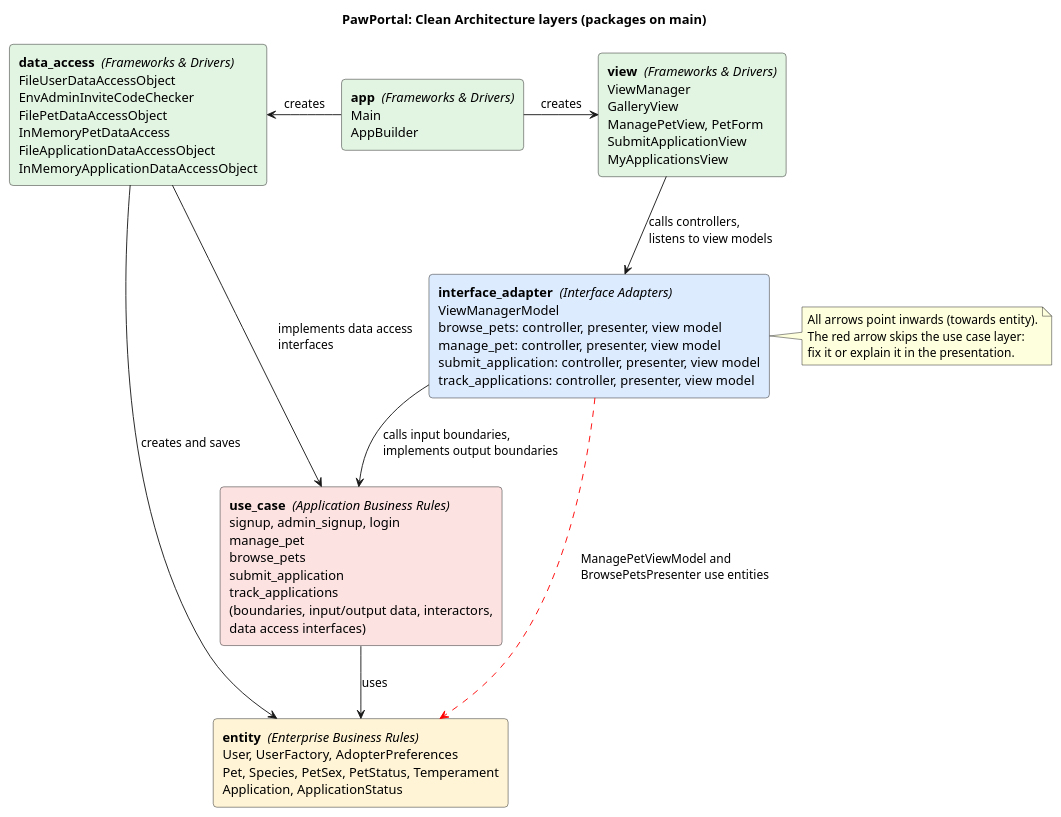
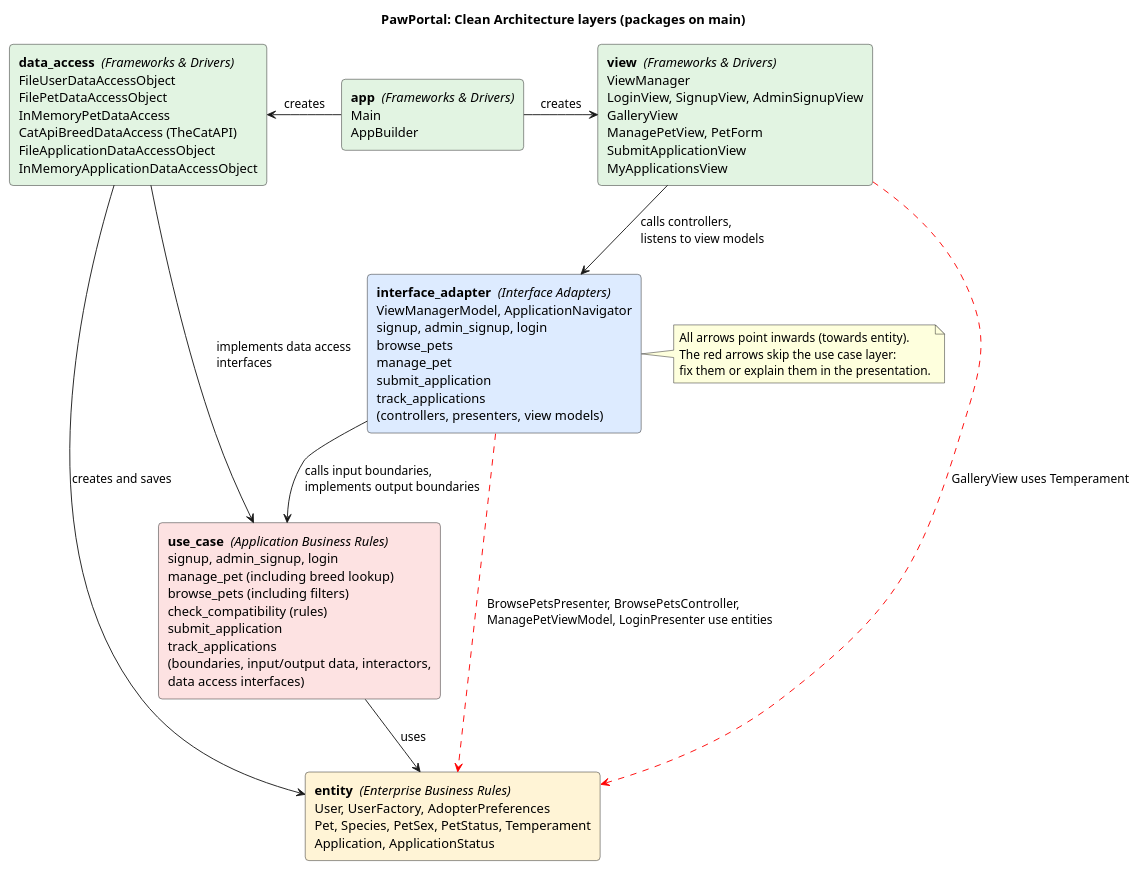
One commit to CSC207-2025F-UofT/team-project changed the diagram in docs/uml/architecture.puml. Above: the diagram before and after it, drawn with PlantUML. The commit also changed 3 other files, not shown here.

Commit message:
update entity and architecture diagrams to current main

```diff
--- a/docs/uml/architecture.puml
+++ b/docs/uml/architecture.puml
@@ -1,34 +1,35 @@
 @startuml architecture
 title PawPortal: Clean Architecture layers (packages on main)
 
 skinparam rectangle {
   RoundCorner 8
 }
 skinparam defaultTextAlignment left
 
-rectangle "**view**  //(Frameworks & Drivers)//\nViewManager\nGalleryView\nManagePetView, PetForm\nSubmitApplicationView\nMyApplicationsView" as view #E2F4E2
+rectangle "**view**  //(Frameworks & Drivers)//\nViewManager\nLoginView, SignupView, AdminSignupView\nGalleryView\nManagePetView, PetForm\nSubmitApplicationView\nMyApplicationsView" as view #E2F4E2
 rectangle "**app**  //(Frameworks & Drivers)//\nMain\nAppBuilder" as app #E2F4E2
-rectangle "**data_access**  //(Frameworks & Drivers)//\nFileUserDataAccessObject\nEnvAdminInviteCodeChecker\nFilePetDataAccessObject\nInMemoryPetDataAccess\nFileApplicationDataAccessObject\nInMemoryApplicationDataAccessObject" as da #E2F4E2
+rectangle "**data_access**  //(Frameworks & Drivers)//\nFileUserDataAccessObject\nFilePetDataAccessObject\nInMemoryPetDataAccess\nCatApiBreedDataAccess (TheCatAPI)\nFileApplicationDataAccessObject\nInMemoryApplicationDataAccessObject" as da #E2F4E2
 
-rectangle "**interface_adapter**  //(Interface Adapters)//\nViewManagerModel\nbrowse_pets: controller, presenter, view model\nmanage_pet: controller, presenter, view model\nsubmit_application: controller, presenter, view model\ntrack_applications: controller, presenter, view model" as ia #DDEBFF
+rectangle "**interface_adapter**  //(Interface Adapters)//\nViewManagerModel, ApplicationNavigator\nsignup, admin_signup, login\nbrowse_pets\nmanage_pet\nsubmit_application\ntrack_applications\n(controllers, presenters, view models)" as ia #DDEBFF
 
-rectangle "**use_case**  //(Application Business Rules)//\nsignup, admin_signup, login\nmanage_pet\nbrowse_pets\nsubmit_application\ntrack_applications\n(boundaries, input/output data, interactors,\ndata access interfaces)" as uc #FDE2E2
+rectangle "**use_case**  //(Application Business Rules)//\nsignup, admin_signup, login\nmanage_pet (including breed lookup)\nbrowse_pets (including filters)\ncheck_compatibility (rules)\nsubmit_application\ntrack_applications\n(boundaries, input/output data, interactors,\ndata access interfaces)" as uc #FDE2E2
 
 rectangle "**entity**  //(Enterprise Business Rules)//\nUser, UserFactory, AdopterPreferences\nPet, Species, PetSex, PetStatus, Temperament\nApplication, ApplicationStatus" as ent #FFF4D6
 
 app -right-> view : creates
 app -left-> da : creates
 view -down-> ia : calls controllers,\nlistens to view models
 ia -down-> uc : calls input boundaries,\nimplements output boundaries
 da -down-> uc : implements data access\ninterfaces
 uc -down-> ent : uses
 da -down-> ent : creates and saves
-ia -[#red,dashed]-> ent : ManagePetViewModel and\nBrowsePetsPresenter use entities
+ia -[#red,dashed]-> ent : BrowsePetsPresenter, BrowsePetsController,\nManagePetViewModel, LoginPresenter use entities
+view -[#red,dashed]-> ent : GalleryView uses Temperament
 
 note right of ia
   All arrows point inwards (towards entity).
-  The red arrow skips the use case layer:
-  fix it or explain it in the presentation.
+  The red arrows skip the use case layer:
+  fix them or explain them in the presentation.
 end note
 
 @enduml
```
